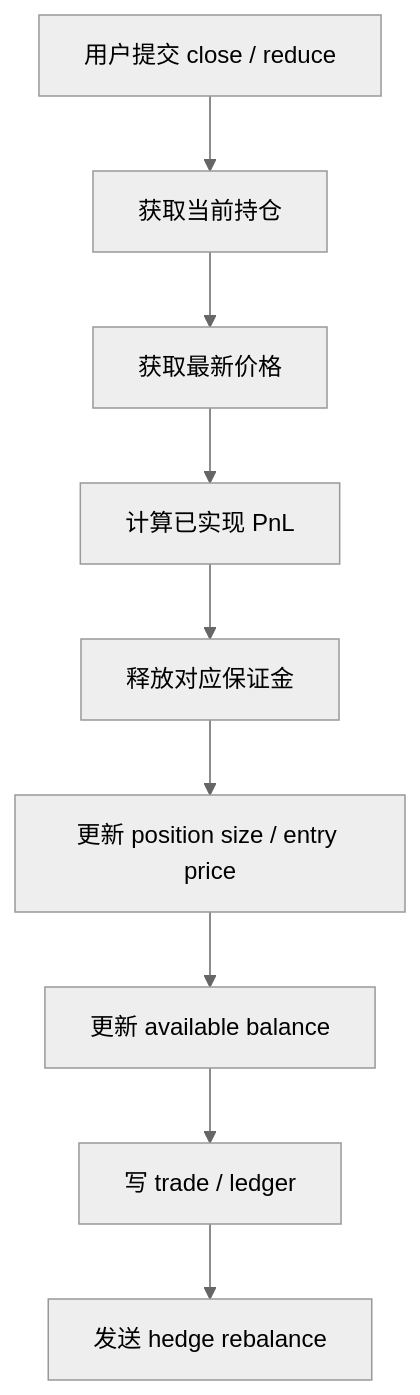
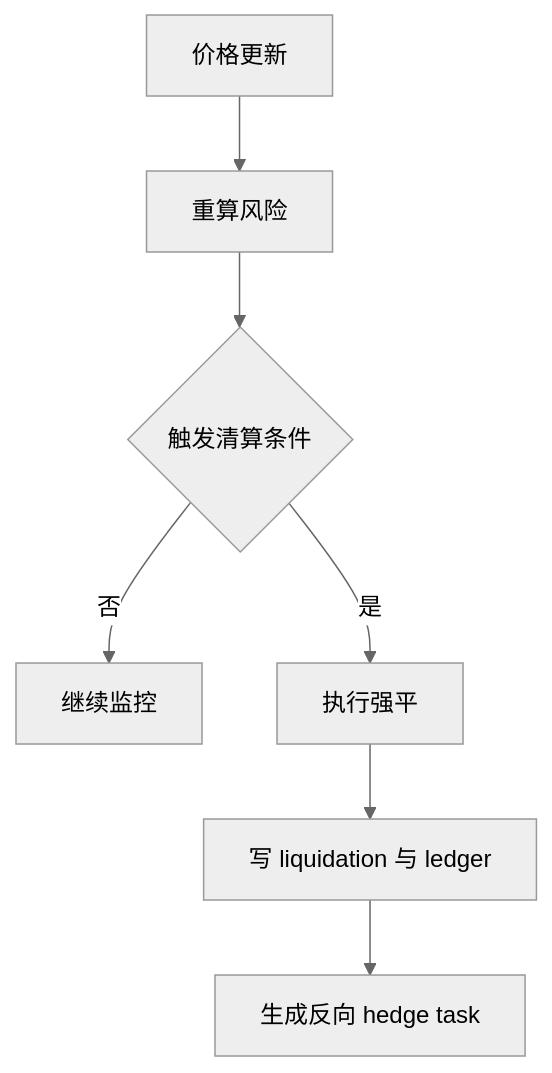
One commit to AboAuther/RGPerp changed the sixth of 6 diagrams in Architecture.md. Above: the diagram before and after it, drawn with Mermaid (neutral theme). The commit also changed other lines of this file and 18 other files, not shown here.

````diff
--- a/Architecture.md
+++ b/Architecture.md
@@ -343,11 +269,9 @@
 ```mermaid
 flowchart TD
-    A[用户提交 close / reduce] --> B[获取当前持仓]
-    B --> C[获取最新价格]
-    C --> D[计算已实现 PnL]
-    D --> E[释放对应保证金]
-    E --> F[更新 position size / entry price]
-    F --> G[更新 available balance]
-    G --> H[写 trade / ledger]
-    H --> I[发送 hedge rebalance]
+    A[价格更新] --> B[重算风险]
+    B --> C{触发清算条件}
+    C -- 否 --> D[继续监控]
+    C -- 是 --> E[执行强平]
+    E --> F[写 liquidation 与 ledger]
+    F --> G[生成反向 hedge task]
 ```
````
